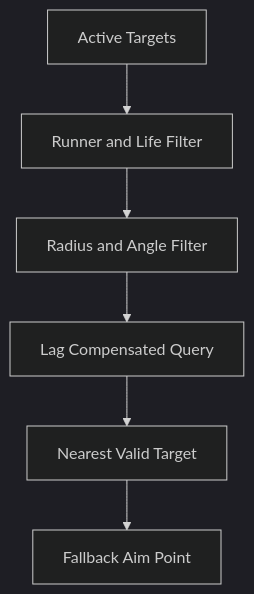
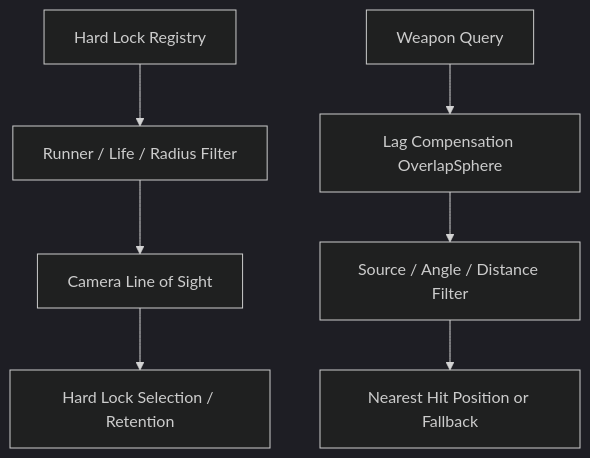
Before and after one commit to wjddh1999/RIP-Showcase: the diagram in CodeSamples/Targeting/README.md, drawn with Mermaid (dark theme). The commit also changed other lines of this file and 25 other files, not shown here.

````diff
--- a/CodeSamples/Targeting/README.md
+++ b/CodeSamples/Targeting/README.md
@@ -15,8 +16,9 @@
 ```mermaid
 flowchart TD
-    A[Active Targets] --> B[Runner and Life Filter]
-    B --> C[Radius and Angle Filter]
-    C --> D[Lag Compensated Query]
-    D --> E[Nearest Valid Target]
-    E --> F[Fallback Aim Point]
+    H[Hard Lock Registry] --> F[Runner / Life / Radius Filter]
+    F --> V[Camera Line of Sight]
+    V --> L[Hard Lock Selection / Retention]
+    W[Weapon Query] --> Q[Lag Compensation OverlapSphere]
+    Q --> A[Source / Angle / Distance Filter]
+    A --> T[Nearest Hit Position or Fallback]
 ```
````
